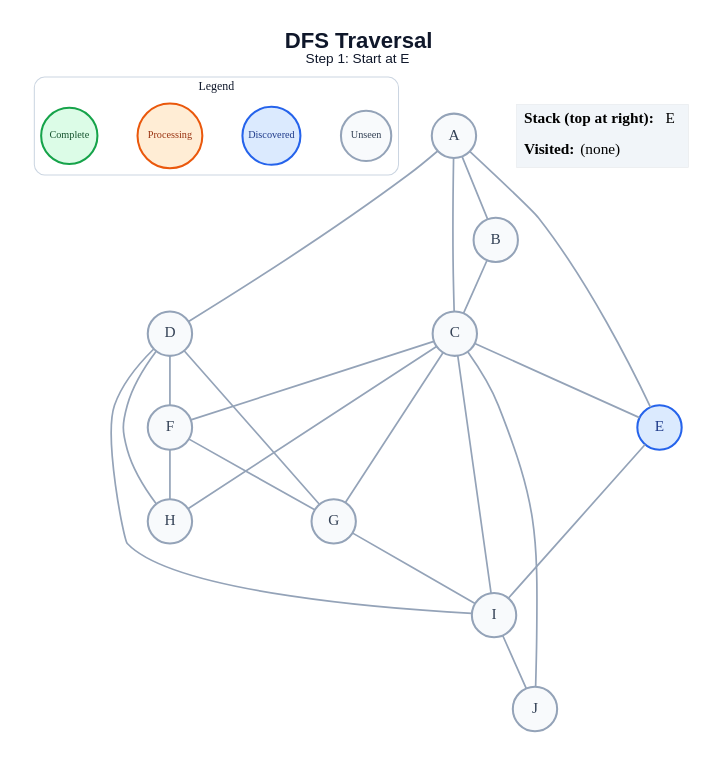
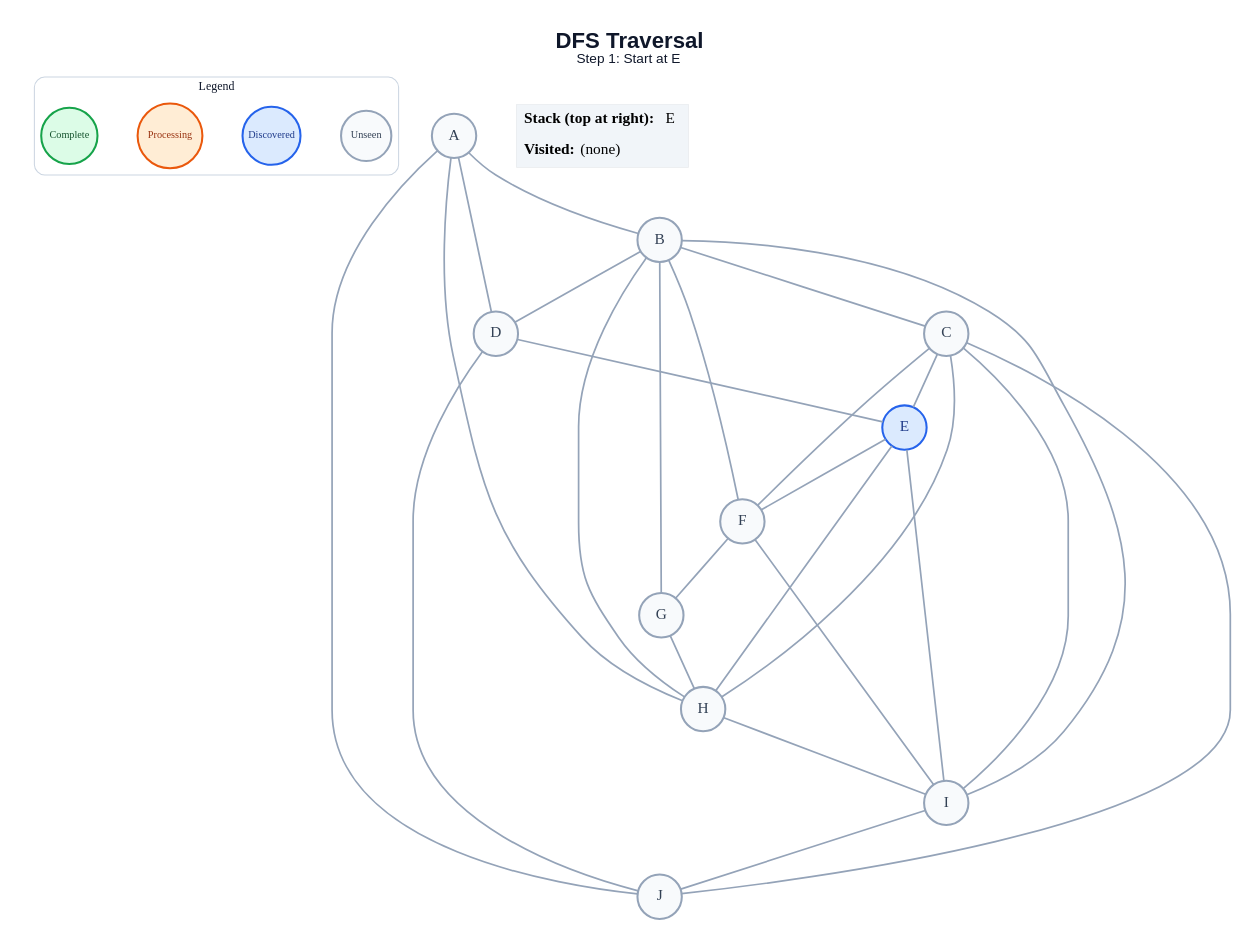
Before and after one commit to amanghodawala9/ai-slop: the diagram in generated/specific-node/dfs/step_01.dot, drawn with Graphviz. The commit also changed 178 other files, not shown here.

```diff
--- a/generated/specific-node/dfs/step_01.dot
+++ b/generated/specific-node/dfs/step_01.dot
@@ -1,49 +1,54 @@
 graph traversal {
   graph [layout=dot, rankdir=TB, bgcolor="#FFFFFF", pad="0.35", nodesep="0.65", ranksep="0.8", fontname="Arial"];
   node [shape=circle, style="filled", fontname="Arial Bold", fontsize=18, width=0.72, fixedsize=true, penwidth=2.4];
   edge [color="#94A3B8", penwidth=2.0];
   label=<<B>DFS Traversal</B><BR/><FONT POINT-SIZE="16">Step 1: Start at E</FONT>>; labelloc="t"; fontsize=26; fontname="Arial"; fontcolor="#0F172A";
   subgraph cluster_legend { label="Legend"; color="#CBD5E1"; penwidth=1.2; style="rounded"; fontsize=14; fontname="Arial Bold";
     key_unseen [label="Unseen", fillcolor="#F8FAFC", color="#94A3B8", fontcolor="#334155", fontsize=12, width=0.82];
     key_frontier [label="Discovered", fillcolor="#DBEAFE", color="#2563EB", fontcolor="#1E3A8A", fontsize=12, width=0.95];
     key_current [label="Processing", fillcolor="#FFEDD5", color="#EA580C", fontcolor="#9A3412", fontsize=12, width=1.05];
     key_done [label="Complete", fillcolor="#DCFCE7", color="#16A34A", fontcolor="#14532D", fontsize=12, width=0.92];
     { rank=same; key_unseen; key_frontier; key_current; key_done; }
   }
   A [fillcolor="#F8FAFC", color="#94A3B8", fontcolor="#334155"];
   B [fillcolor="#F8FAFC", color="#94A3B8", fontcolor="#334155"];
   C [fillcolor="#F8FAFC", color="#94A3B8", fontcolor="#334155"];
   D [fillcolor="#F8FAFC", color="#94A3B8", fontcolor="#334155"];
   E [fillcolor="#DBEAFE", color="#2563EB", fontcolor="#1E3A8A"];
   F [fillcolor="#F8FAFC", color="#94A3B8", fontcolor="#334155"];
   G [fillcolor="#F8FAFC", color="#94A3B8", fontcolor="#334155"];
   H [fillcolor="#F8FAFC", color="#94A3B8", fontcolor="#334155"];
   I [fillcolor="#F8FAFC", color="#94A3B8", fontcolor="#334155"];
   J [fillcolor="#F8FAFC", color="#94A3B8", fontcolor="#334155"];
   A -- B;
-  A -- C;
   A -- D;
-  A -- E;
+  A -- H;
+  A -- J;
   B -- C;
+  B -- D;
+  B -- F;
+  B -- G;
+  B -- H;
+  B -- I;
   C -- E;
   C -- F;
-  C -- G;
   C -- H;
   C -- I;
   C -- J;
-  D -- F;
-  D -- G;
-  D -- H;
-  D -- I;
+  D -- E;
+  D -- J;
+  E -- F;
+  E -- H;
   E -- I;
   F -- G;
-  F -- H;
-  G -- I;
+  F -- I;
+  G -- H;
+  H -- I;
   I -- J;
   status [shape=plain, fixedsize=false, width=0, height=0, margin=0, label=<
     <TABLE BORDER="0" CELLBORDER="0" CELLPADDING="7" BGCOLOR="#F1F5F9">
       <TR><TD ALIGN="LEFT"><B>Stack (top at right):</B> E</TD></TR>
       <TR><TD ALIGN="LEFT"><B>Visited:</B> (none)</TD></TR>
     </TABLE>
   >];
 }
```
